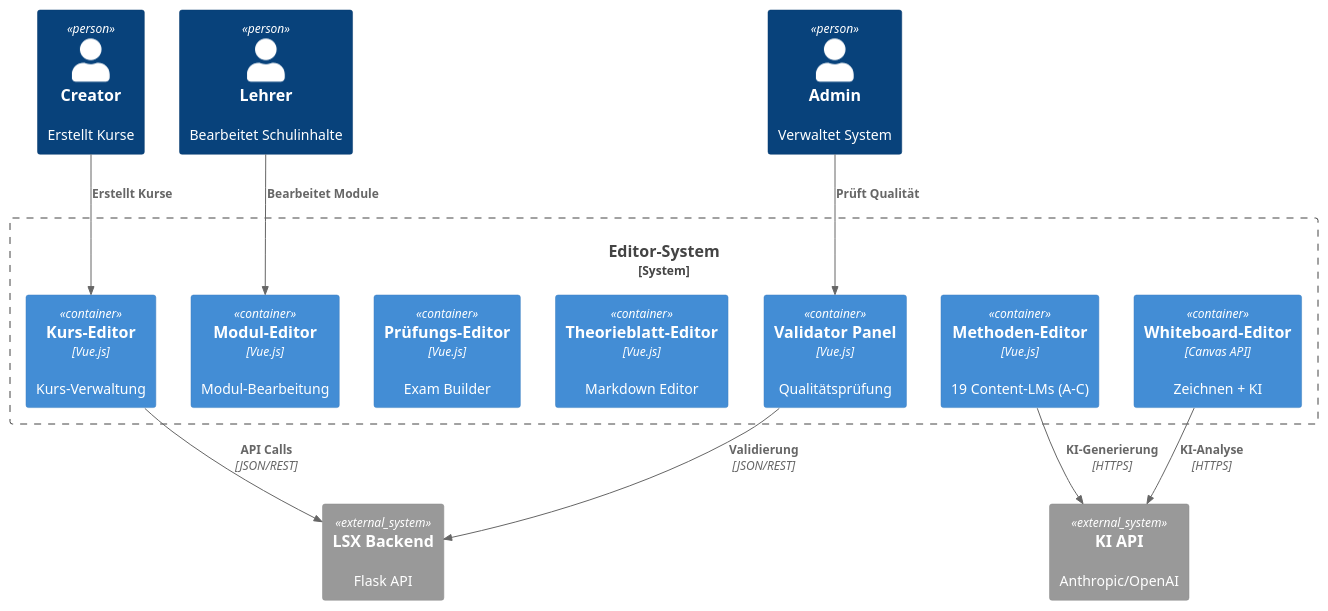
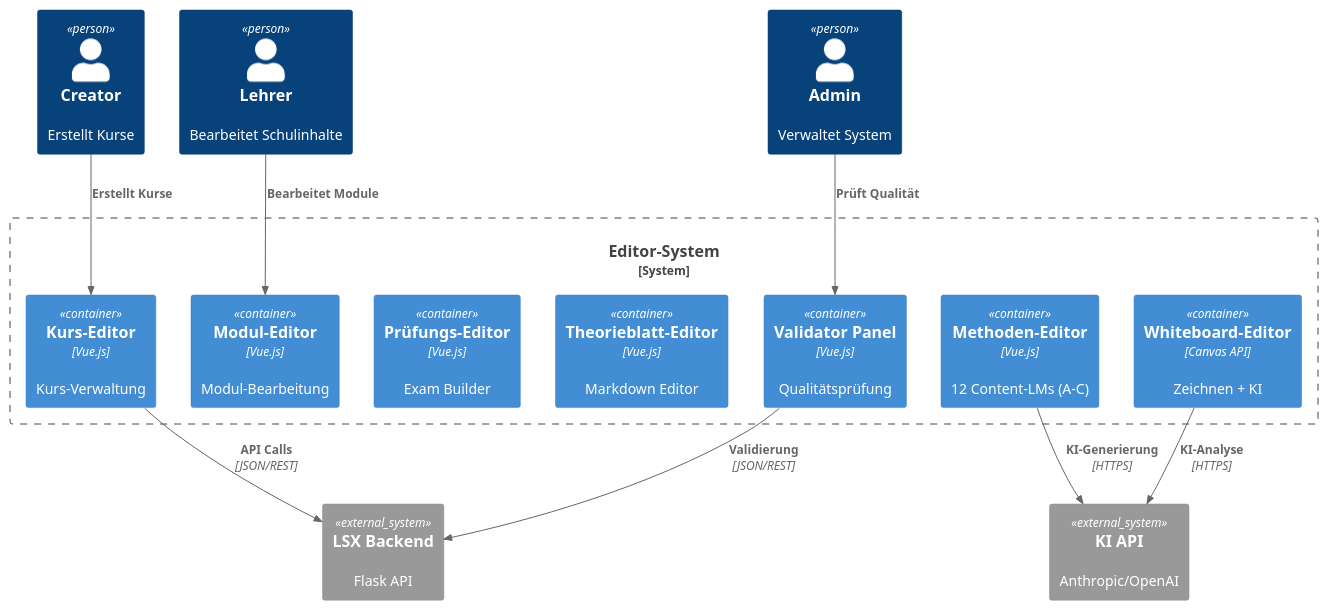
The first of 22 diagrams in LernsystemX-Doku/03_Features/04_Editor-System.md (flokflok1/lernseite), drawn with PlantUML before and after one commit. The commit also changed other lines of this file and 1490 other files, not shown here.

````diff
--- a/LernsystemX-Doku/03_Features/04_Editor-System.md
+++ b/LernsystemX-Doku/03_Features/04_Editor-System.md
@@ -31,32 +31,32 @@
 ```plantuml
 @startuml
 !include https://raw.githubusercontent.com/plantuml-stdlib/C4-PlantUML/master/C4_Container.puml
 
 Person(creator, "Creator", "Erstellt Kurse")
 Person(teacher, "Lehrer", "Bearbeitet Schulinhalte")
 Person(admin, "Admin", "Verwaltet System")
 
 System_Boundary(editor, "Editor-System") {
     Container(course_editor, "Kurs-Editor", "Vue.js", "Kurs-Verwaltung")
     Container(module_editor, "Modul-Editor", "Vue.js", "Modul-Bearbeitung")
-    Container(method_editor, "Methoden-Editor", "Vue.js", "19 Content-LMs (A-C)")
+    Container(method_editor, "Methoden-Editor", "Vue.js", "12 Content-LMs (A-C)")
     Container(theory_editor, "Theorieblatt-Editor", "Vue.js", "Markdown Editor")
     Container(exam_editor, "Prüfungs-Editor", "Vue.js", "Exam Builder")
     Container(whiteboard_editor, "Whiteboard-Editor", "Canvas API", "Zeichnen + KI")
     Container(validator, "Validator Panel", "Vue.js", "Qualitätsprüfung")
 }
 
 System_Ext(ki_api, "KI API", "Anthropic/OpenAI")
 System_Ext(backend, "LSX Backend", "Flask API")
 
 Rel(creator, course_editor, "Erstellt Kurse")
 Rel(teacher, module_editor, "Bearbeitet Module")
 Rel(admin, validator, "Prüft Qualität")
 
 Rel(course_editor, backend, "API Calls", "JSON/REST")
 Rel(method_editor, ki_api, "KI-Generierung", "HTTPS")
 Rel(whiteboard_editor, ki_api, "KI-Analyse", "HTTPS")
 Rel(validator, backend, "Validierung", "JSON/REST")
 
 @enduml
 ```
````
